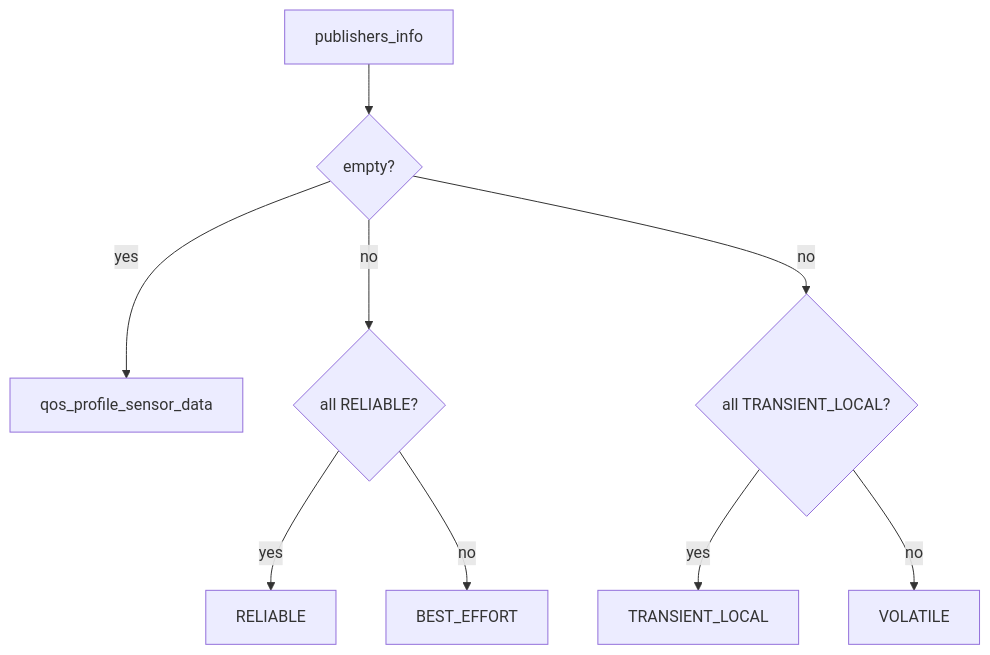
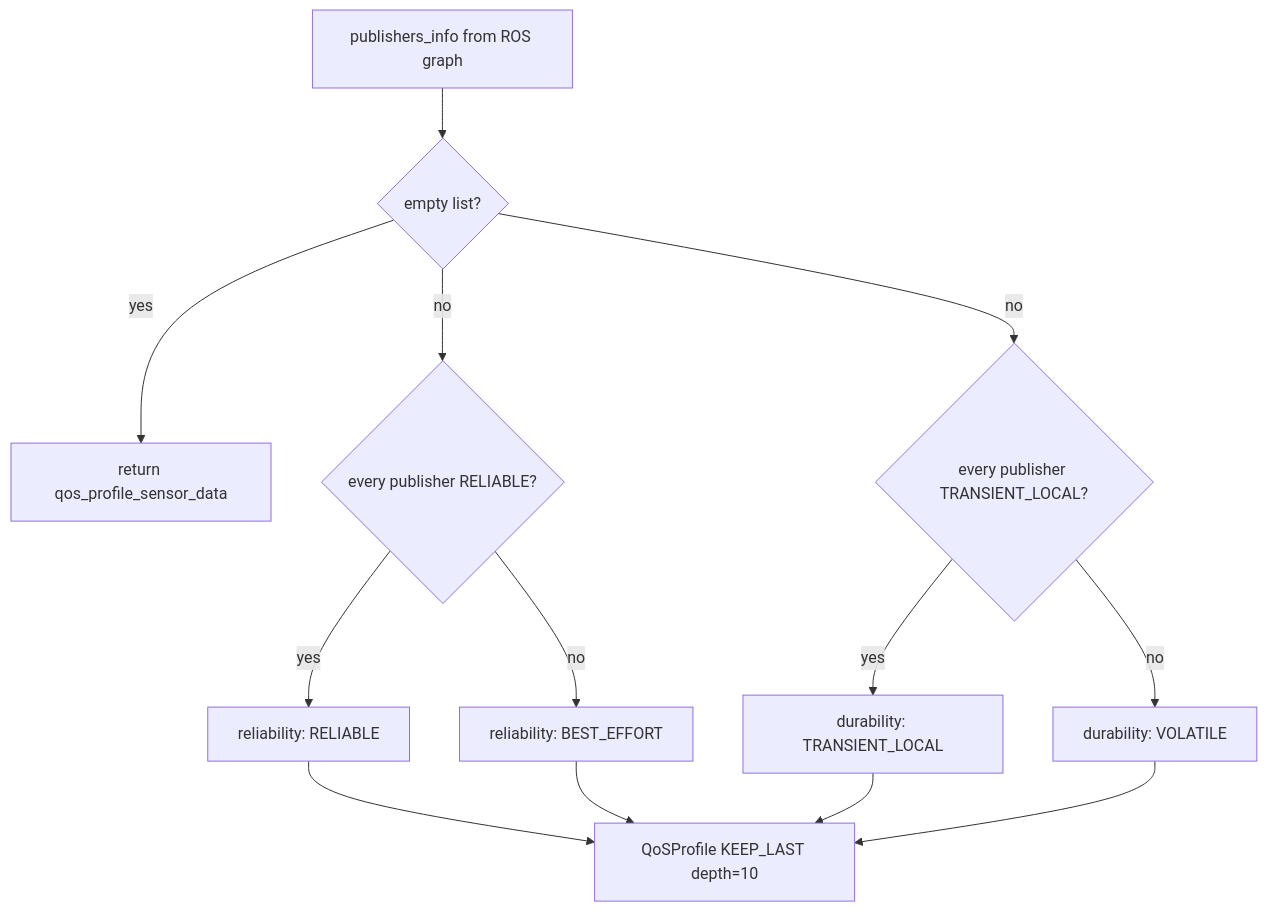
One commit to Boston-Robot-Hackers/metawtf changed the diagram in 01-literate/04-qos_select.md. Above: the diagram before and after it, drawn with Mermaid. The commit also changed other lines of this file and 65 other files, not shown here.

````diff
--- a/01-literate/04-qos_select.md
+++ b/01-literate/04-qos_select.md
@@ -71,11 +116,12 @@
 ```mermaid
 flowchart TD
-    A[publishers_info] --> B{empty?}
-    B -->|yes| C[qos_profile_sensor_data]
-    B -->|no| D{all RELIABLE?}
-    D -->|yes| E[RELIABLE]
-    D -->|no| F[BEST_EFFORT]
-    B -->|no| G{all TRANSIENT_LOCAL?}
-    G -->|yes| H[TRANSIENT_LOCAL]
-    G -->|no| I[VOLATILE]
+    A[publishers_info from ROS graph] --> B{empty list?}
+    B -->|yes| C[return qos_profile_sensor_data]
+    B -->|no| D{every publisher RELIABLE?}
+    D -->|yes| E[reliability: RELIABLE]
+    D -->|no| F[reliability: BEST_EFFORT]
+    B -->|no| G{every publisher TRANSIENT_LOCAL?}
+    G -->|yes| H[durability: TRANSIENT_LOCAL]
+    G -->|no| I[durability: VOLATILE]
+    E & F & H & I --> J[QoSProfile KEEP_LAST depth=10]
 ```
````
